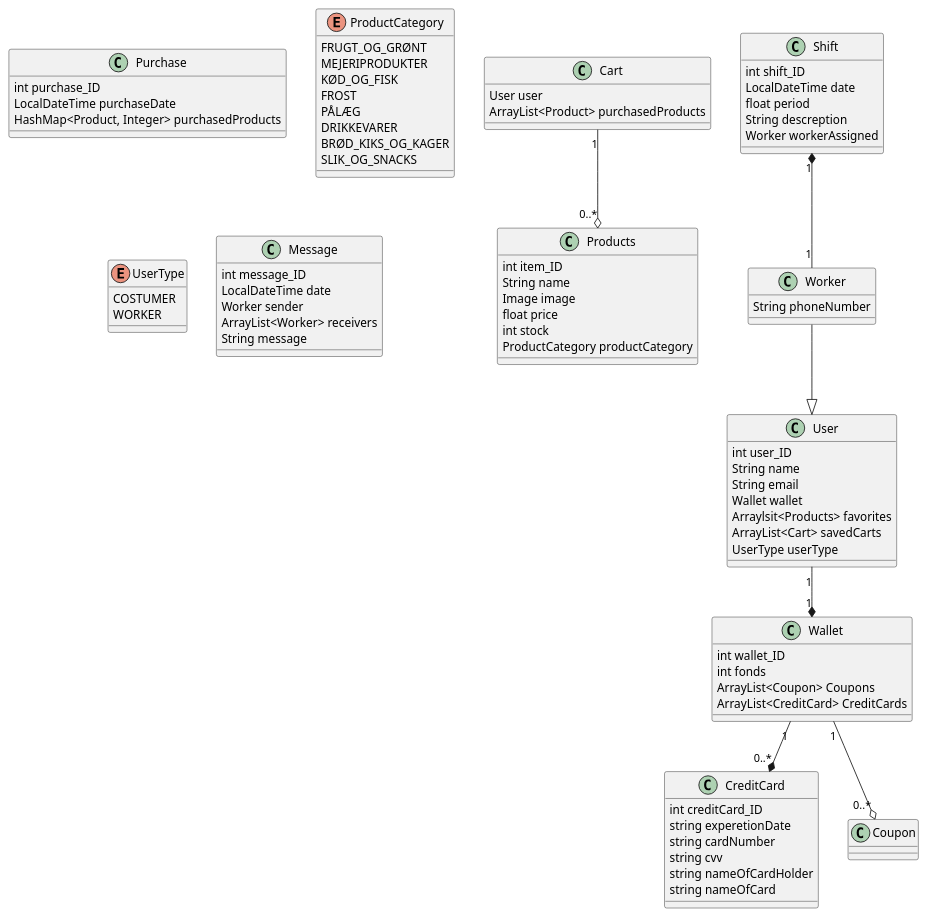
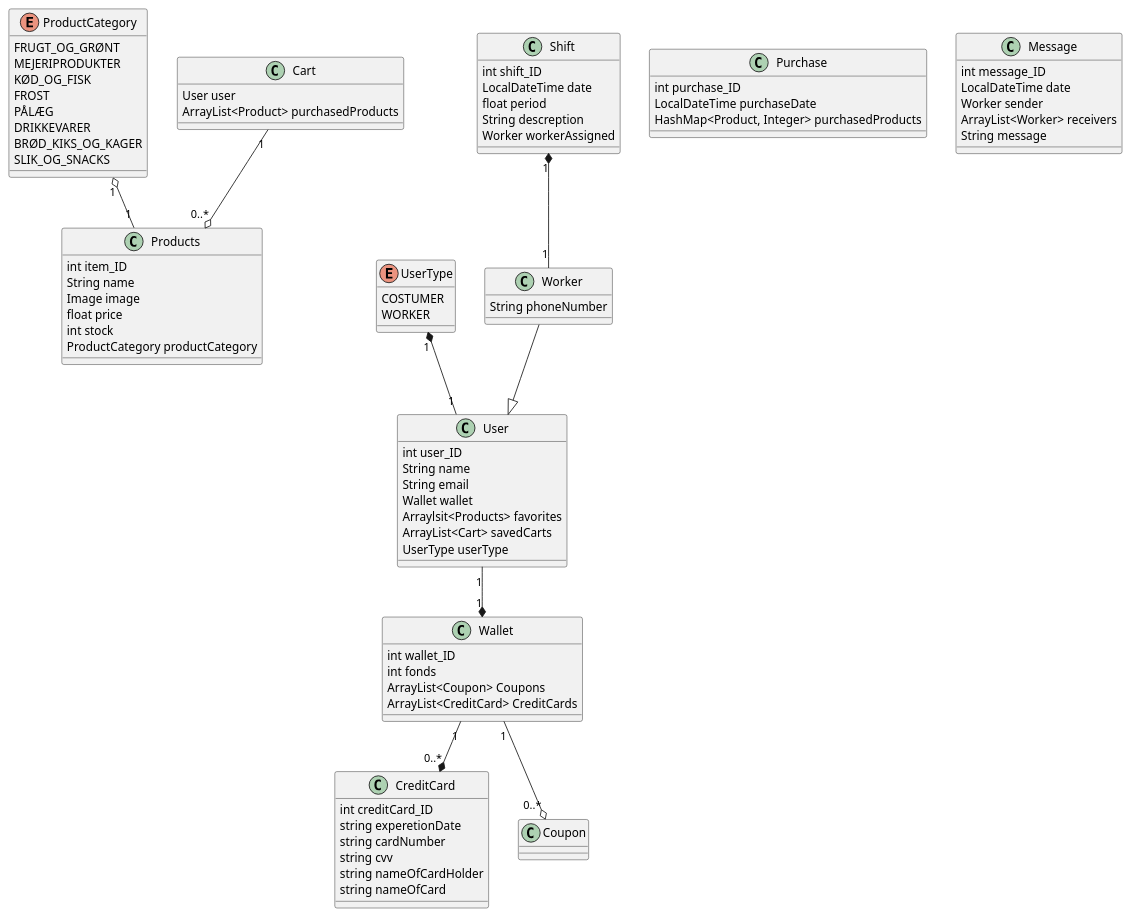
One commit to AJungersen/DDU-Eksamensprojekt changed the diagram in Class diagram.wsd. Above: the diagram before and after it, drawn with PlantUML.

Commit message:
Update Class diagram.wsd

```diff
--- a/Class diagram.wsd
+++ b/Class diagram.wsd
@@ -1,98 +1,101 @@
 @startuml
 class Products {
     int item_ID
     String name
     Image image
     float price
     int stock
     ProductCategory productCategory
 }
 
 class User {
     int user_ID
     String name
     String email
     Wallet wallet
     Arraylsit<Products> favorites
     ArrayList<Cart> savedCarts
     UserType userType
 }
 
 
 Class Wallet {
     int wallet_ID
     int fonds
     ArrayList<Coupon> Coupons
     ArrayList<CreditCard> CreditCards
 }
 
 class CreditCard {
     int creditCard_ID
     string experetionDate
     string cardNumber
     string cvv
     string nameOfCardHolder
     string nameOfCard
 }
 
 class Coupon {
 
 }
 
 class Purchase {
     int purchase_ID
     LocalDateTime purchaseDate
     HashMap<Product, Integer> purchasedProducts
 }
 
 enum ProductCategory {
     FRUGT_OG_GRØNT
     MEJERIPRODUKTER
     KØD_OG_FISK
     FROST
     PÅLÆG
     DRIKKEVARER
     BRØD_KIKS_OG_KAGER
     SLIK_OG_SNACKS
 }
 
 enum UserType {
     COSTUMER
     WORKER
 }
 
 class Cart {
     User user
     ArrayList<Product> purchasedProducts
 }
 
 'medarbejder del
 class Worker {
     String phoneNumber
 }
 
 class Shift {
     int shift_ID
     LocalDateTime date
     float period
     String descreption
     Worker workerAssigned
 }
 
 class Message {
     int message_ID
     LocalDateTime date
     Worker sender
     ArrayList<Worker> receivers
     String message
 }
 
 Wallet "1" --o "0..*" Coupon
 Wallet "1" --* "0..*" CreditCard
 User "1" --* "1" Wallet
 Cart "1" --o "0..*" Products
 
 Worker --|> User
 Shift "1" *-- "1" Worker
 
+ProductCategory "1" o-- "1" Products
+UserType "1" *-- "1" User
+
 @enduml
```
